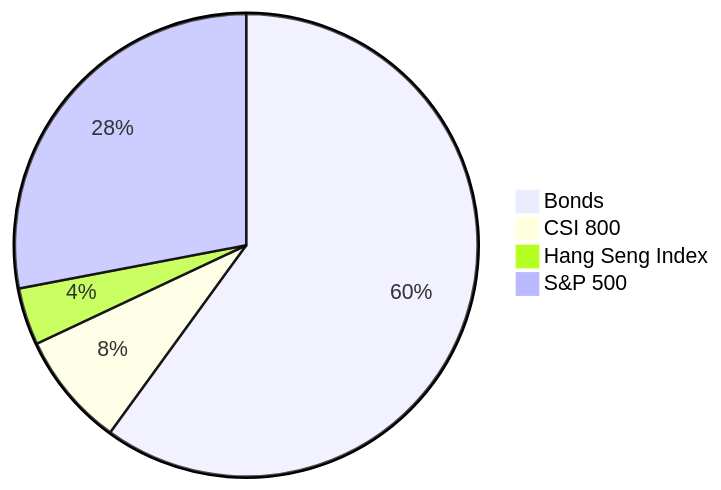
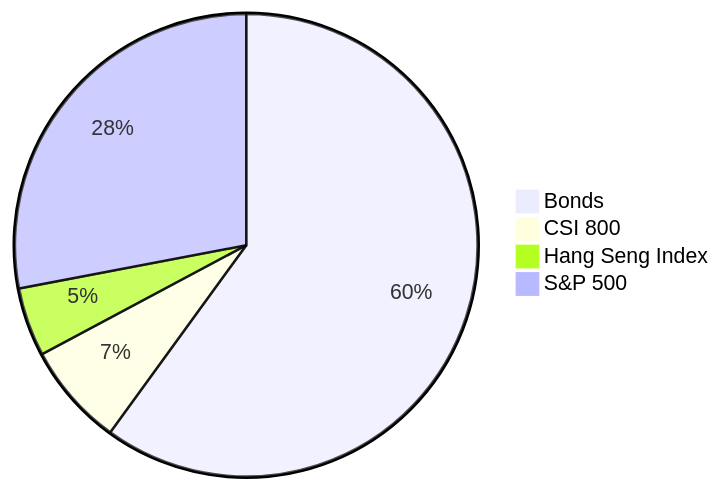
One commit to low-earth-orbit/notes changed the second of 5 diagrams in chinese-couch-potato.md. Above: the diagram before and after it, drawn with Mermaid. The commit also changed other lines of this file, not shown here.

````diff
--- a/chinese-couch-potato.md
+++ b/chinese-couch-potato.md
@@ -141,7 +141,7 @@
 ```mermaid
 pie
 "Bonds" : 60
-"CSI 800" : 8
-"Hang Seng Index" : 4
+"CSI 800" : 7.2
+"Hang Seng Index" : 4.8
 "S&P 500" : 28
 ```
````
